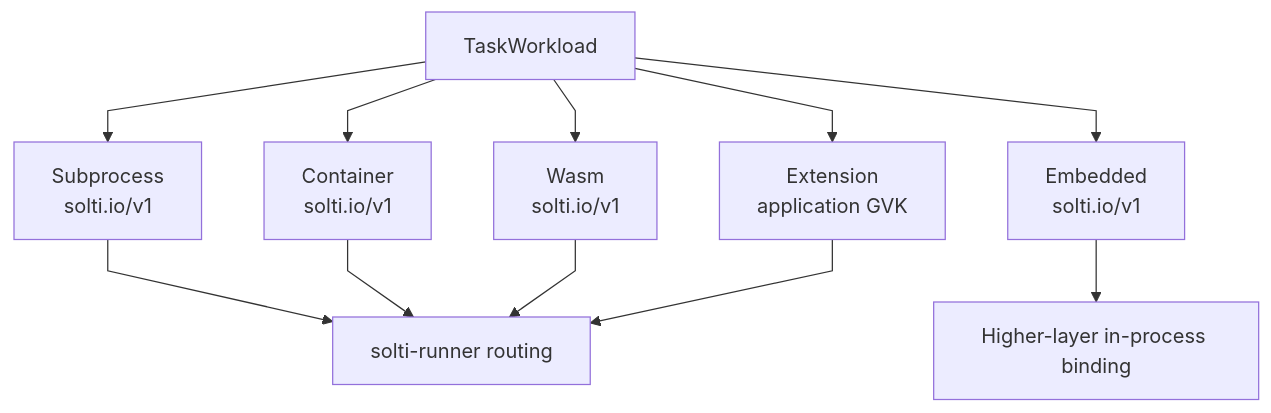
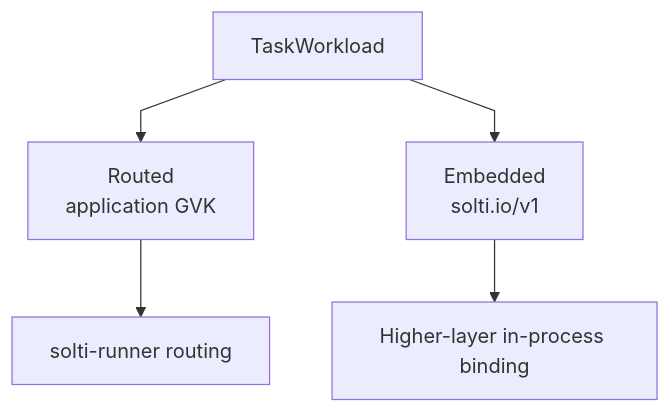
The sixth of 10 diagrams in crates/solti-model/ARCHITECTURE.md (soltiHQ/sdk), drawn with Mermaid before and after one commit. The commit also changed other lines of this file and 148 other files, not shown here.

````diff
--- a/crates/solti-model/ARCHITECTURE.md
+++ b/crates/solti-model/ARCHITECTURE.md
@@ -253,24 +253,15 @@
 ```mermaid
 %%{init: {"flowchart": {"curve": "linear"}}}%%
 flowchart TB
     Workload["TaskWorkload"]
-    Subprocess["Subprocess<br/>solti.io/v1"]
-    Container["Container<br/>solti.io/v1"]
-    Wasm["Wasm<br/>solti.io/v1"]
+    Routed["Routed<br/>application GVK"]
     Embedded["Embedded<br/>solti.io/v1"]
-    Extension["Extension<br/>application GVK"]
     Runner["solti-runner routing"]
     Binding["Higher-layer in-process binding"]
 
-    Workload --> Subprocess
-    Workload --> Container
-    Workload --> Wasm
+    Workload --> Routed
     Workload --> Embedded
-    Workload --> Extension
 
-    Subprocess --> Runner
-    Container --> Runner
-    Wasm --> Runner
-    Extension --> Runner
+    Routed --> Runner
     Embedded --> Binding
 ```
````
